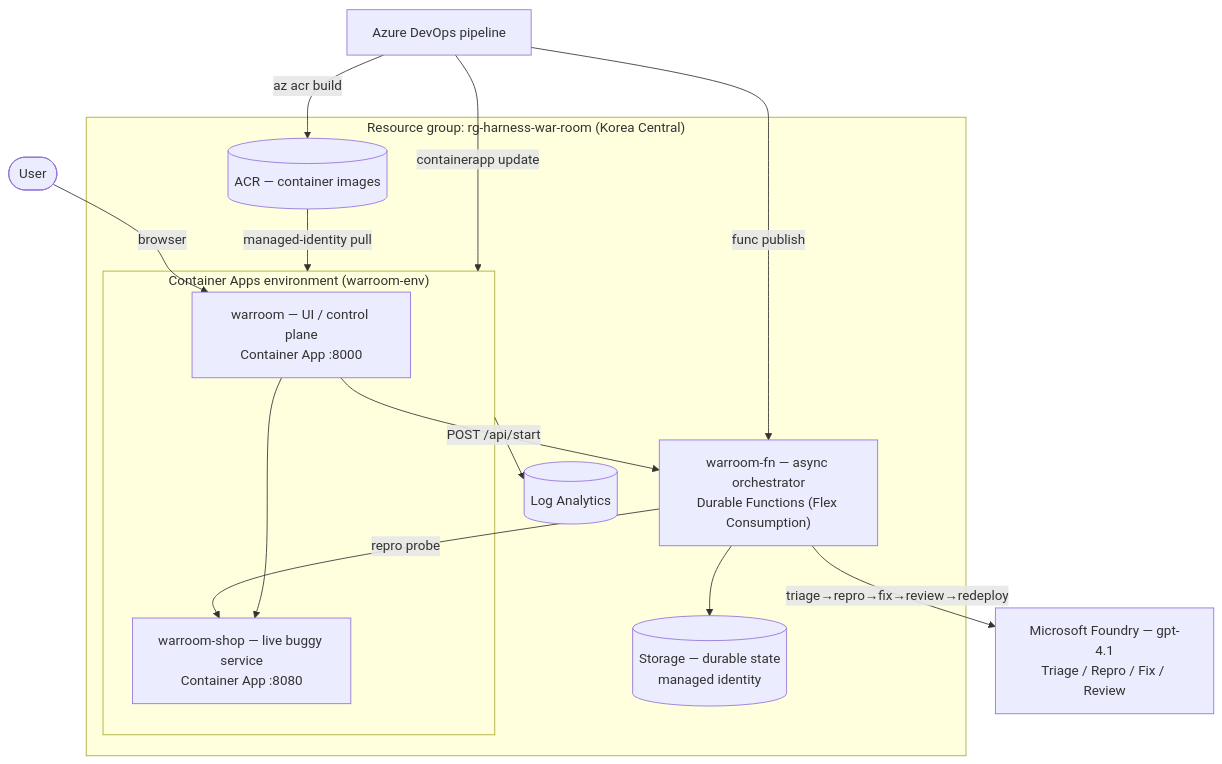
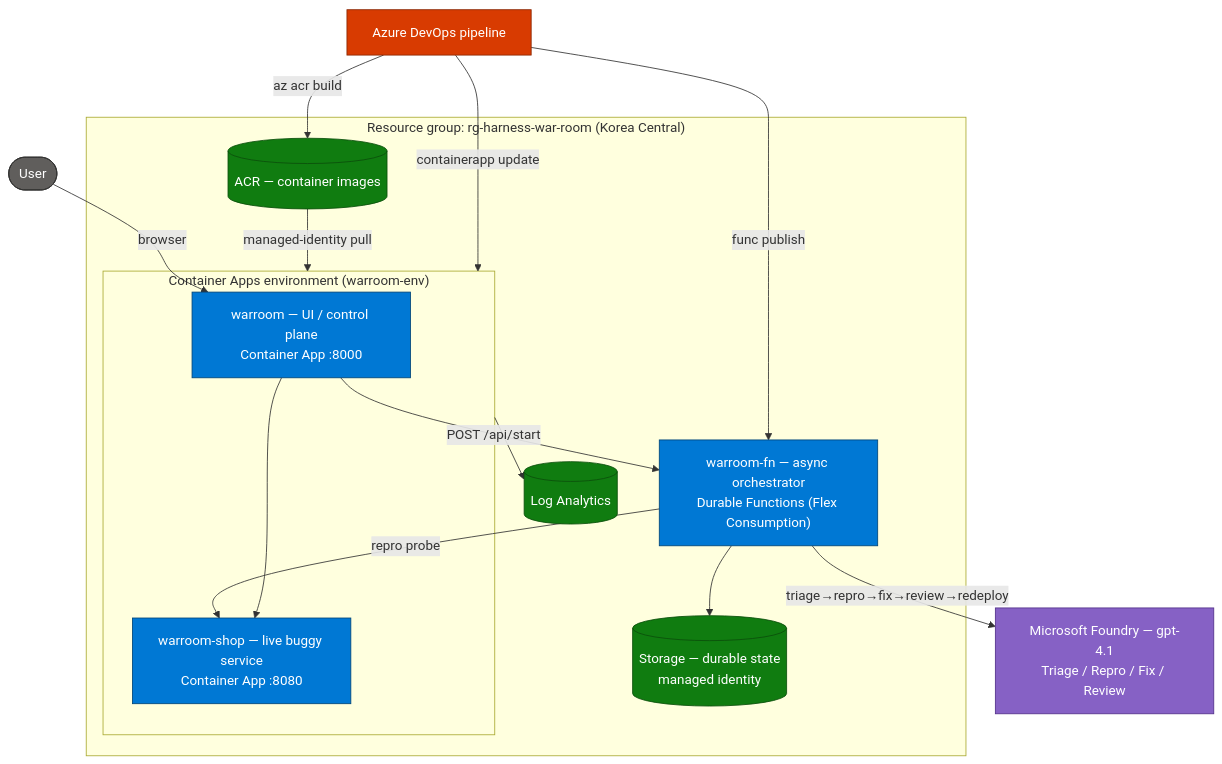
The diagram in README.md (jaehoonch/harness-war-room), drawn with Mermaid before and after one commit.

Commit message:
Color-code architecture diagram by resource type

````diff
--- a/README.md
+++ b/README.md
@@ -47,29 +47,41 @@
 ```mermaid
 flowchart TB
   user([User]) -->|browser| warroom
 
   subgraph rg["Resource group: rg-harness-war-room (Korea Central)"]
     subgraph aca["Container Apps environment (warroom-env)"]
       warroom["warroom — UI / control plane<br/>Container App :8000"]
       shop["warroom-shop — live buggy service<br/>Container App :8080"]
     end
     fn["warroom-fn — async orchestrator<br/>Durable Functions (Flex Consumption)"]
     sa[("Storage — durable state<br/>managed identity")]
     acr[("ACR — container images")]
     law[("Log Analytics")]
   end
 
   foundry["Microsoft Foundry — gpt-4.1<br/>Triage / Repro / Fix / Review"]
 
   warroom -->|POST /api/start| fn
   fn -->|triage→repro→fix→review→redeploy| foundry
   fn -->|repro probe| shop
   fn --> sa
   warroom --> shop
   aca --> law
   acr -->|managed-identity pull| aca
 
   ado["Azure DevOps pipeline"] -->|az acr build| acr
   ado -->|containerapp update| aca
   ado -->|func publish| fn
+
+  classDef compute fill:#0078d4,stroke:#004578,color:#fff
+  classDef data fill:#107c10,stroke:#0b4f0b,color:#fff
+  classDef ai fill:#8661c5,stroke:#52308a,color:#fff
+  classDef cicd fill:#d83b01,stroke:#8a2600,color:#fff
+  classDef actor fill:#605e5c,stroke:#323130,color:#fff
+
+  class warroom,shop,fn compute
+  class sa,acr,law data
+  class foundry ai
+  class ado cicd
+  class user actor
 ```
````
